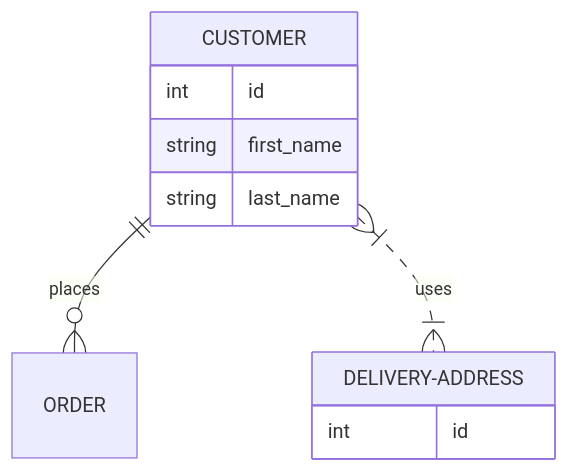
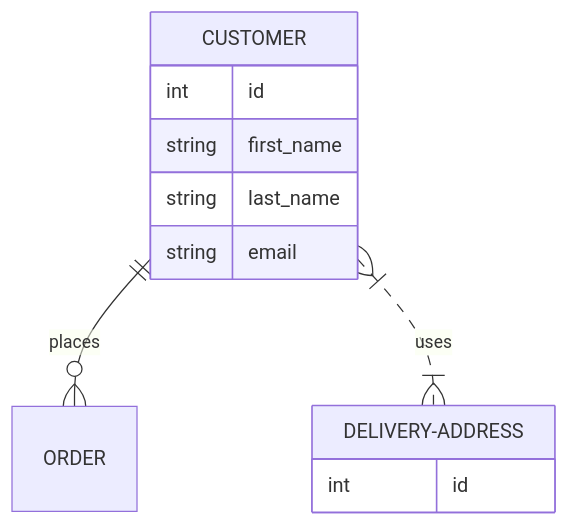
One commit to cmsc-vcu/cmsc508-fa2023-hw7-strawbridgek changed the diagram in hw7/hw7.qmd. Above: the diagram before and after it, drawn with Mermaid.

Commit message:
final commit 2

````diff
--- a/hw7/hw7.qmd
+++ b/hw7/hw7.qmd
@@ -99,14 +99,15 @@
 ```{mermaid}
 %%| echo: false
 erDiagram
     CUSTOMER ||--o{ ORDER : places
     CUSTOMER }|..|{ DELIVERY-ADDRESS : uses
     CUSTOMER{
         int id
         string first_name
         string last_name
+        string email
     }
     DELIVERY-ADDRESS {
         int id
     }
 ```
````
